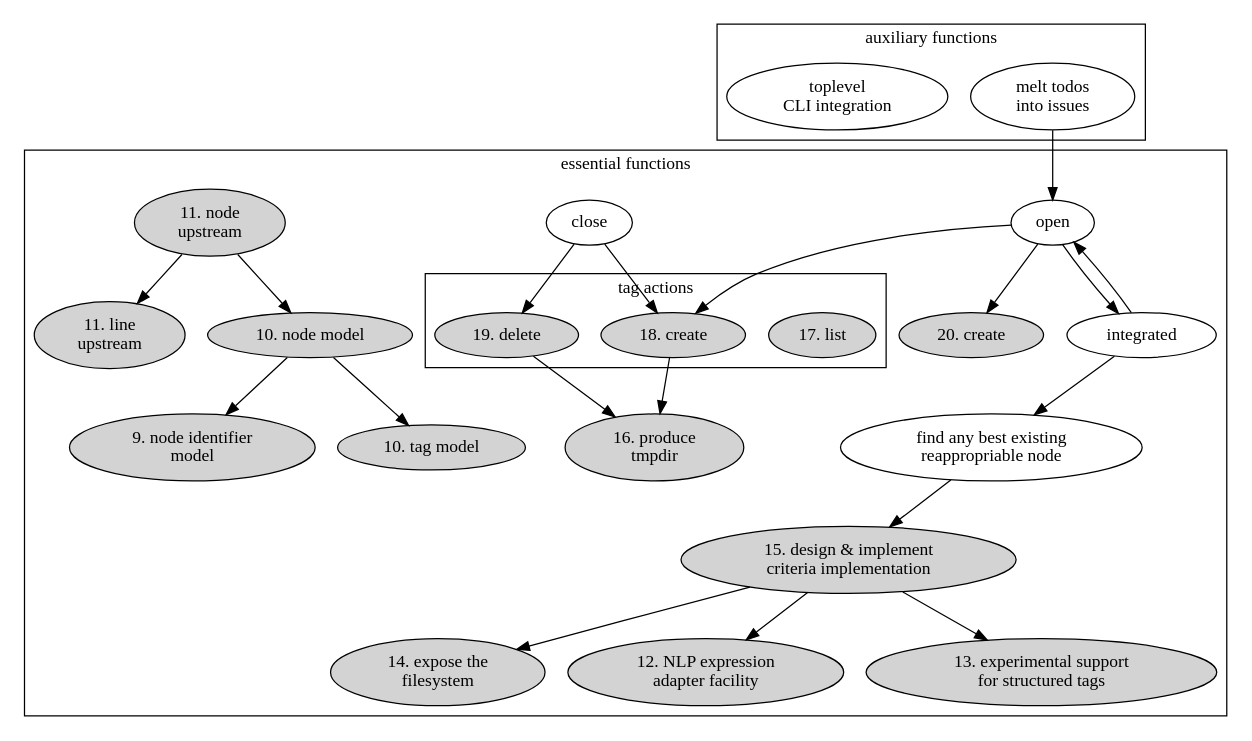
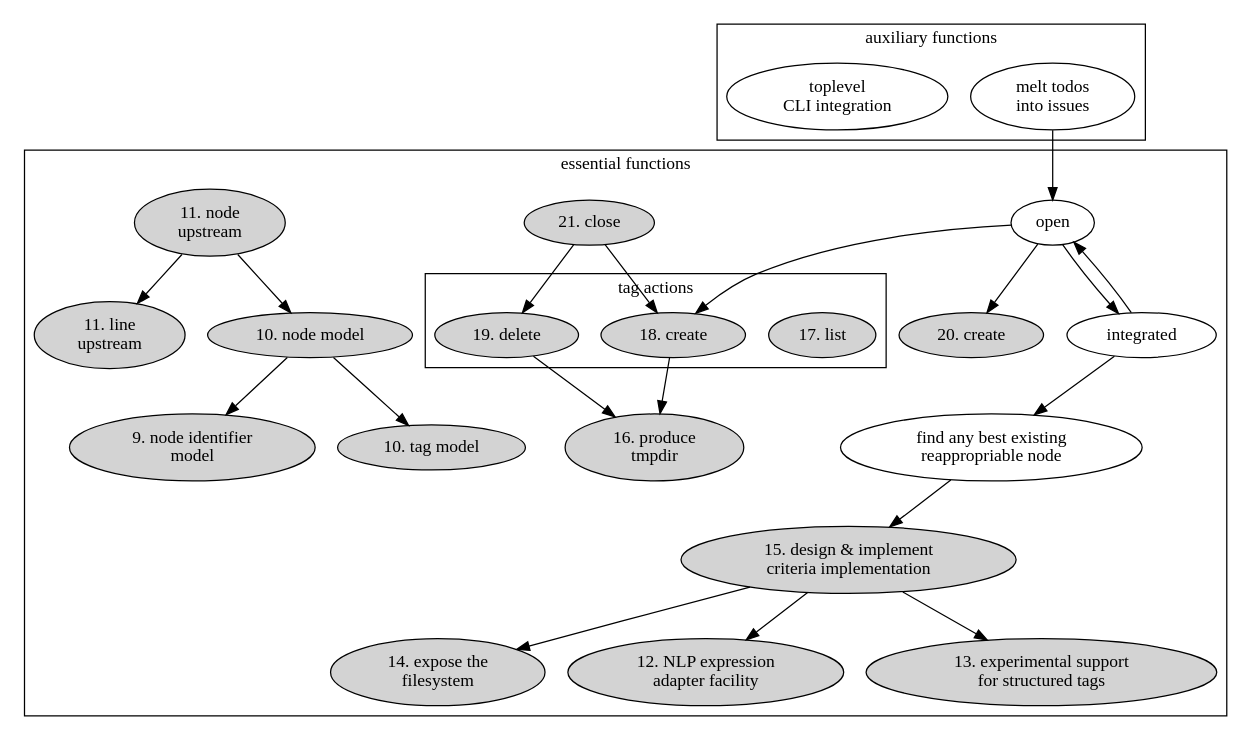
Before and after one commit to hipe/tmx: the diagram in lib/skylab/snag/doc/issues/038/component-digraph.dot, drawn with Graphviz. The commit also changed 24 other files, not shown here.

```diff
--- a/lib/skylab/snag/doc/issues/038/component-digraph.dot
+++ b/lib/skylab/snag/doc/issues/038/component-digraph.dot
@@ -1,65 +1,65 @@
 digraph {
 
 subgraph cluster_main {
 
   label="essential functions"
 
   subgraph cluster_tag_actions {
     label="tag actions"
     tl [label="17. list" style=filled]
     ta [label="18. create" style=filled]
     tr [label="19. delete" style=filled]
   }
 
   aa [label="open" ]
-  ca [label="close" ]
+  ca [label="21. close" style=filled]
   de [label="15. design & implement\ncriteria implementation" style=filled]
   FS [label="14. expose the\nfilesystem" style=filled]
   line_upstream [label="11. line\nupstream" style=filled]
   NLP_experiment [label="12. NLP expression\nadapter facility" style=filled]
   node_identifier_model [label="9. node identifier\nmodel" style=filled]
   node_model [label="10. node model" style=filled]
   node_upstream [label="11. node\nupstream" style=filled]
   oaa [label="20. create" style=filled]
   rea [label="integrated" ]
   rea_actor [label="find any best existing\nreappropriable node" ]
   stru [label="13. experimental support\nfor structured tags" style=filled]
   tag_model [label="10. tag model" style=filled]
   tmpdir [label="16. produce\ntmpdir" style=filled]
 
   aa->rea
   aa->ta
 
   ca->tr
   ca->ta
 
   rea->aa
   aa->oaa
   rea->rea_actor
 
   rea_actor->de
   de->NLP_experiment
   de->FS
   de->stru
 
   node_upstream -> line_upstream
   node_upstream -> node_model
 
   node_model -> node_identifier_model
   node_model -> tag_model
 
   tr->tmpdir
   ta->tmpdir
 
 }
 
 
 subgraph cluster_after {
 
   label="auxiliary functions"
   melt [label="melt todos\ninto issues"]
   top_cli [label="toplevel\nCLI integration"]
 }
 
 melt->aa
 }
```
